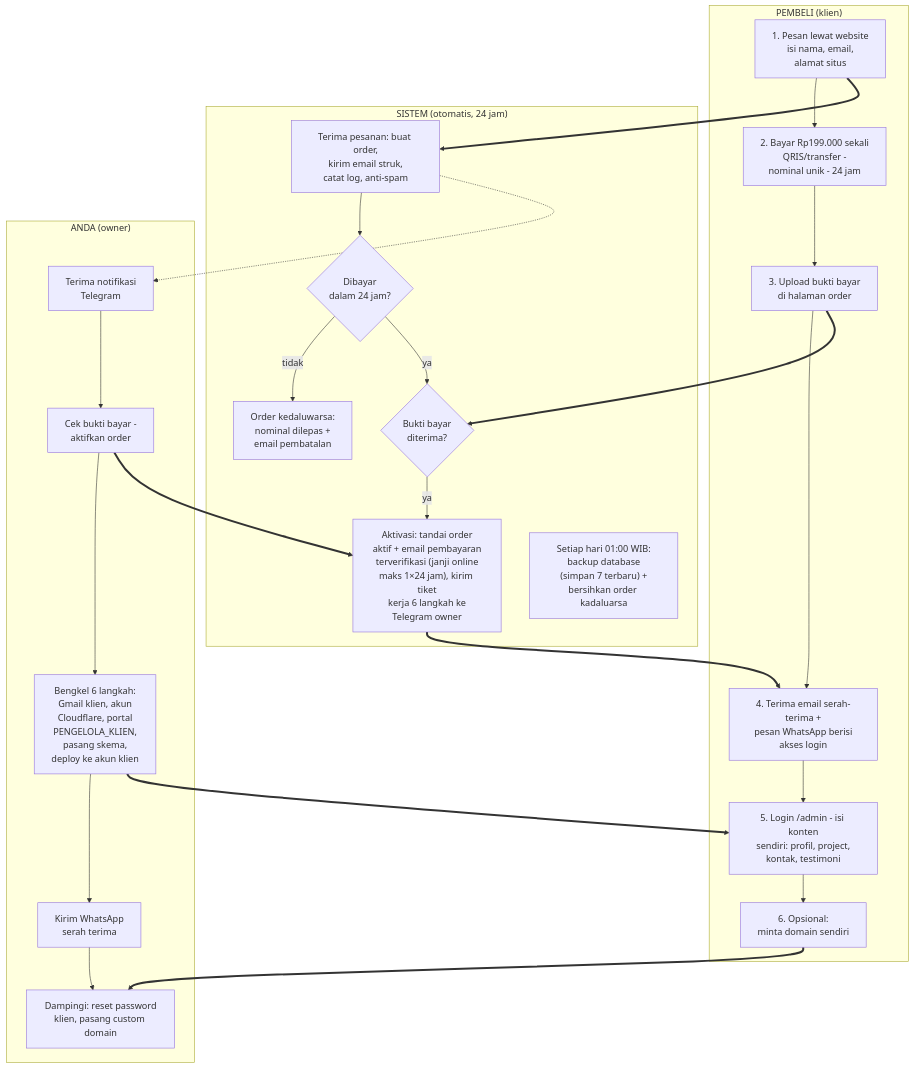
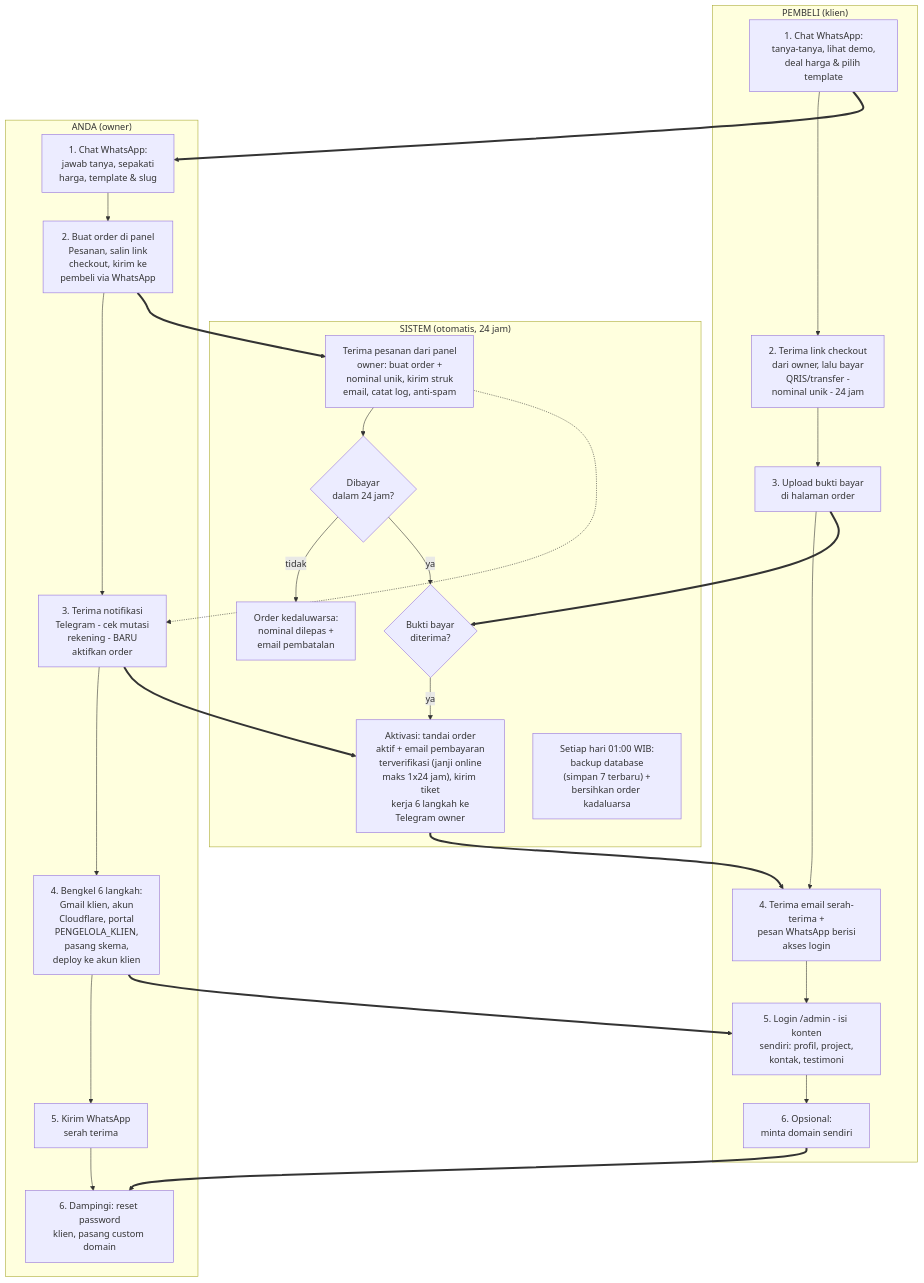
One commit to raaOS/portfolio-template changed the diagram in docs/diagrams/alur-bisnis.mmd. Above: the diagram before and after it, drawn with Mermaid. The commit also changed 15 other files, not shown here.

First line of the commit message:
feat(order): alur pesanan chat-first — buat order dari panel Pesanan + link checkout sekali salin, menu [5] Peta Bisnis di PENGELOLA_KLIEN, playbook/panduan/diagram disesuaikan (v1.3.40) + log tracker

```diff
--- a/docs/diagrams/alur-bisnis.mmd
+++ b/docs/diagrams/alur-bisnis.mmd
@@ -1,44 +1,47 @@
 %% Peta alur bisnis Portfolio OS — milik owner, bahasa non-IT.
 %% Sumber kebenaran tunggal: dirender portal PENGELOLA_KLIEN (tab "Peta Bisnis").
 %% Ubah file ini saja bila alur berubah; portal otomatis menampilkan versi terbaru.
+%% CATATAN EDIT: jangan pakai kutip lurus di dalam label ["..."] — Mermaid gagal parse.
 flowchart TB
   subgraph PEMBELI["PEMBELI (klien)"]
-    P1["1. Pesan lewat website<br/>isi nama, email,<br/>alamat situs"]
-    P2["2. Bayar Rp199.000 sekali<br/>QRIS/transfer -<br/>nominal unik - 24 jam"]
+    P1["1. Chat WhatsApp:<br/>tanya-tanya, lihat demo,<br/>deal harga & pilih template"]
+    P2["2. Terima link checkout<br/>dari owner, lalu bayar<br/>QRIS/transfer -<br/>nominal unik - 24 jam"]
     P3["3. Upload bukti bayar<br/>di halaman order"]
     P4["4. Terima email serah-terima +<br/>pesan WhatsApp berisi<br/>akses login"]
     P5["5. Login /admin - isi konten<br/>sendiri: profil, project,<br/>kontak, testimoni"]
     P6["6. Opsional:<br/>minta domain sendiri"]
     P1 --> P2 --> P3
     P3 --> P4 --> P5 --> P6
   end
 
   subgraph SISTEM["SISTEM (otomatis, 24 jam)"]
-    S1["Terima pesanan: buat order,<br/>kirim email struk,<br/>catat log, anti-spam"]
+    S1["Terima pesanan dari panel<br/>owner: buat order +<br/>nominal unik, kirim struk<br/>email, catat log, anti-spam"]
     S2{"Dibayar<br/>dalam 24 jam?"}
     S3["Order kedaluwarsa:<br/>nominal dilepas +<br/>email pembatalan"]
     S4{"Bukti bayar<br/>diterima?"}
-    S5["Aktivasi: tandai order<br/>aktif + email pembayaran<br/>terverifikasi (janji online<br/>maks 1×24 jam), kirim tiket<br/>kerja 6 langkah ke<br/>Telegram owner"]
+    S5["Aktivasi: tandai order<br/>aktif + email pembayaran<br/>terverifikasi (janji online<br/>maks 1x24 jam), kirim tiket<br/>kerja 6 langkah ke<br/>Telegram owner"]
     S6["Setiap hari 01:00 WIB:<br/>backup database<br/>(simpan 7 terbaru) +<br/>bersihkan order kadaluarsa"]
     S1 --> S2
     S2 -->|tidak| S3
     S2 -->|ya| S4
     S4 -->|ya| S5
   end
 
   subgraph OWNER["ANDA (owner)"]
-    O1["Terima notifikasi<br/>Telegram"]
-    O2["Cek bukti bayar -<br/>aktifkan order"]
-    O3["Bengkel 6 langkah:<br/>Gmail klien, akun<br/>Cloudflare, portal<br/>PENGELOLA_KLIEN,<br/>pasang skema,<br/>deploy ke akun klien"]
-    O4["Kirim WhatsApp<br/>serah terima"]
-    O5["Dampingi: reset password<br/>klien, pasang custom domain"]
-    O1 --> O2 --> O3 --> O4 --> O5
+    O1["1. Chat WhatsApp:<br/>jawab tanya, sepakati<br/>harga, template & slug"]
+    O2["2. Buat order di panel<br/>Pesanan, salin link<br/>checkout, kirim ke<br/>pembeli via WhatsApp"]
+    O3["3. Terima notifikasi<br/>Telegram - cek mutasi<br/>rekening - BARU<br/>aktifkan order"]
+    O4["4. Bengkel 6 langkah:<br/>Gmail klien, akun<br/>Cloudflare, portal<br/>PENGELOLA_KLIEN,<br/>pasang skema,<br/>deploy ke akun klien"]
+    O5["5. Kirim WhatsApp<br/>serah terima"]
+    O6["6. Dampingi: reset password<br/>klien, pasang custom domain"]
+    O1 --> O2 --> O3 --> O4 --> O5 --> O6
   end
 
-  P1 ==> S1
-  S1 -.-> O1
+  P1 ==> O1
+  O2 ==> S1
+  S1 -.-> O3
   P3 ==> S4
-  O2 ==> S5
+  O3 ==> S5
   S5 ==> P4
-  O3 ==> P5
-  P6 ==> O5
+  O4 ==> P5
+  P6 ==> O6
```
